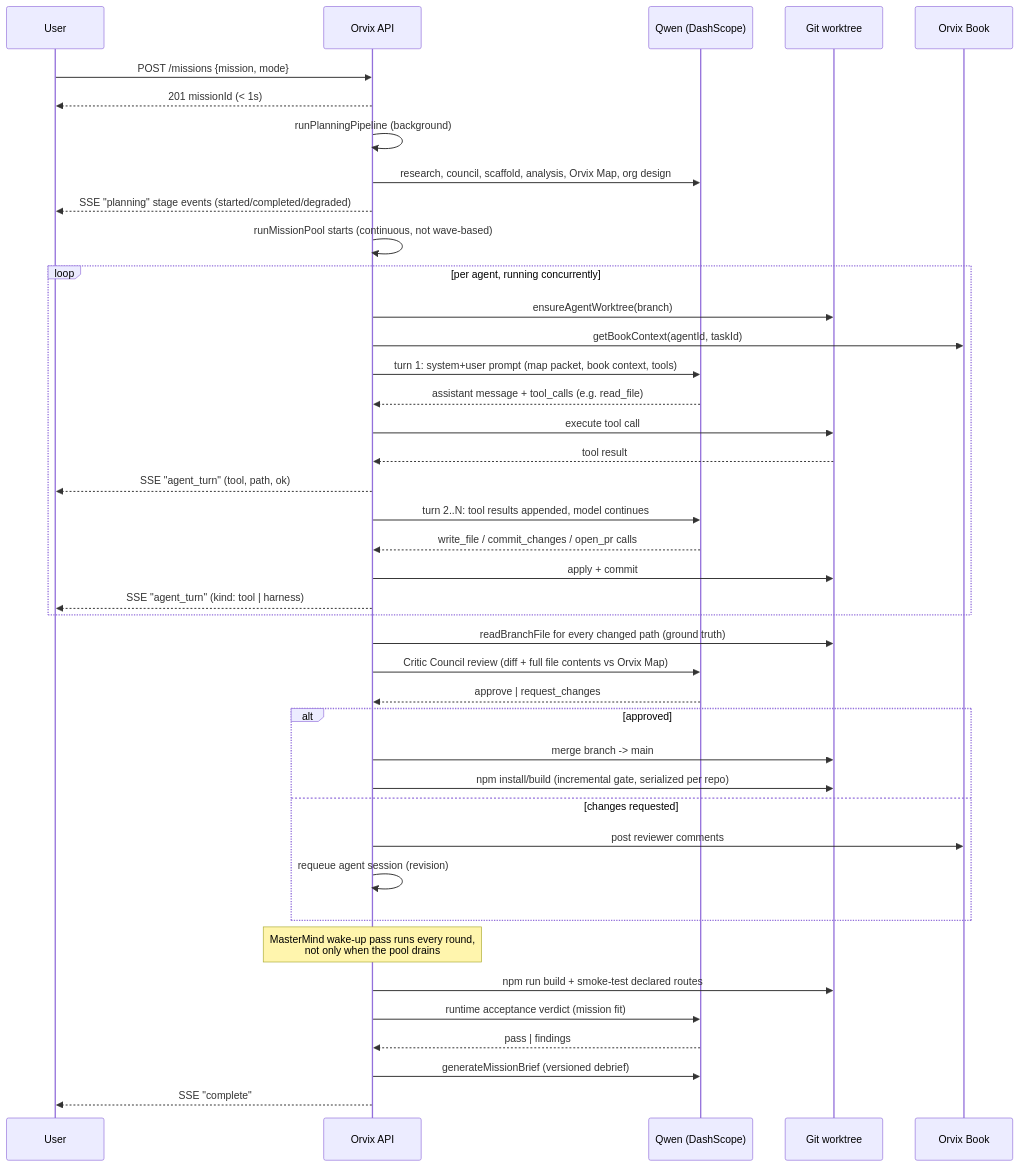
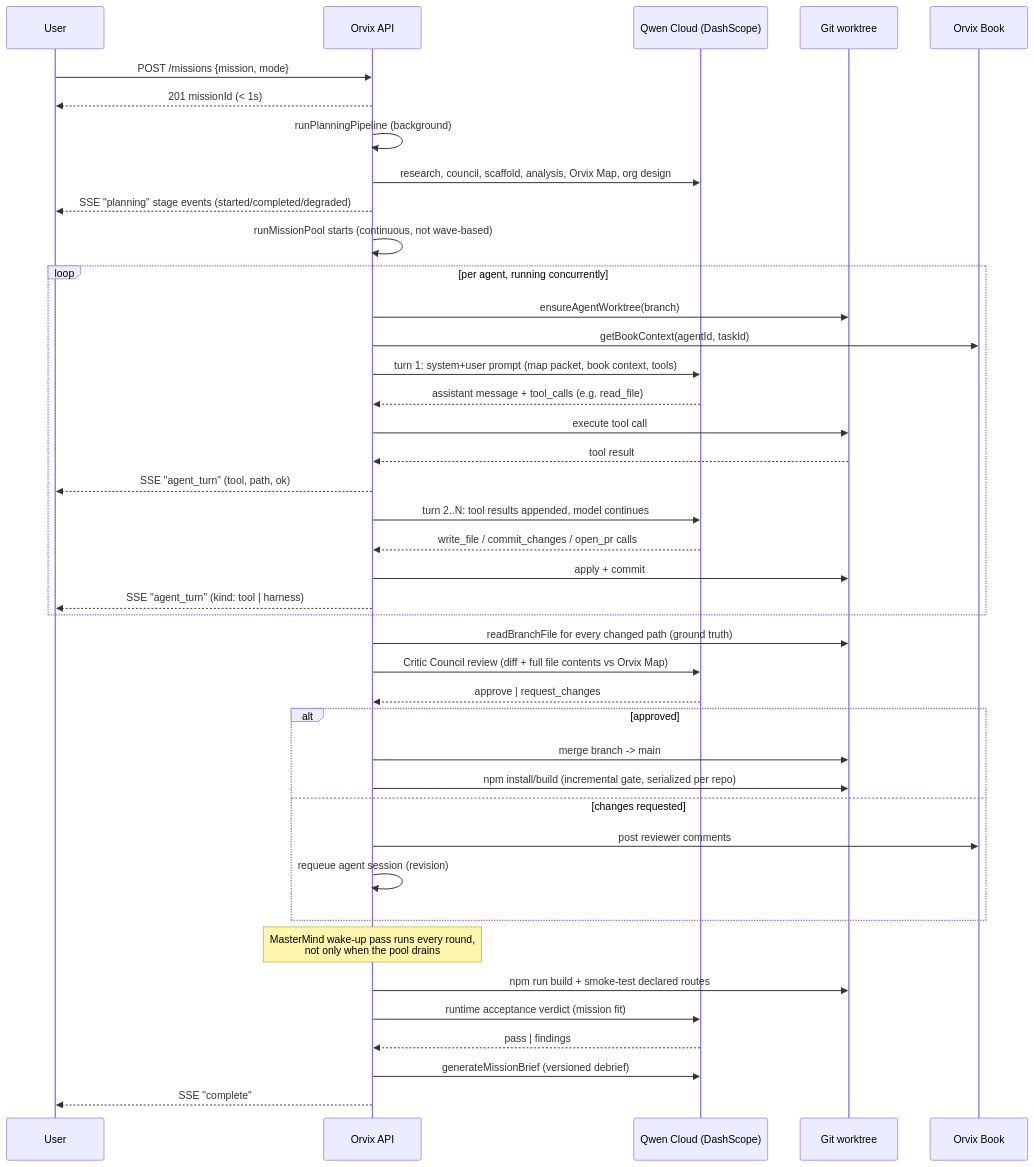
One commit to abbasmir12/orvix changed the diagram in docs/architecture/README.md. Above: the diagram before and after it, drawn with Mermaid. The commit also changed other lines of this file and 4 other files, not shown here.

First line of the commit message:
Surface "Qwen Cloud" explicitly across deployment/architecture docs

````diff
--- a/docs/architecture/README.md
+++ b/docs/architecture/README.md
@@ -148,48 +148,48 @@
 ```mermaid
 sequenceDiagram
     participant U as User
     participant API as Orvix API
-    participant Q as Qwen (DashScope)
+    participant Q as Qwen Cloud (DashScope)
     participant WS as Git worktree
     participant Book as Orvix Book
 
     U->>API: POST /missions {mission, mode}
     API-->>U: 201 missionId (< 1s)
     API->>API: runPlanningPipeline (background)
     API->>Q: research, council, scaffold, analysis, Orvix Map, org design
     API-->>U: SSE "planning" stage events (started/completed/degraded)
     API->>API: runMissionPool starts (continuous, not wave-based)
 
     loop per agent, running concurrently
         API->>WS: ensureAgentWorktree(branch)
         API->>Book: getBookContext(agentId, taskId)
         API->>Q: turn 1: system+user prompt (map packet, book context, tools)
         Q-->>API: assistant message + tool_calls (e.g. read_file)
         API->>WS: execute tool call
         WS-->>API: tool result
         API-->>U: SSE "agent_turn" (tool, path, ok)
         API->>Q: turn 2..N: tool results appended, model continues
         Q-->>API: write_file / commit_changes / open_pr calls
         API->>WS: apply + commit
         API-->>U: SSE "agent_turn" (kind: tool | harness)
     end
 
     API->>WS: readBranchFile for every changed path (ground truth)
     API->>Q: Critic Council review (diff + full file contents vs Orvix Map)
     Q-->>API: approve | request_changes
     alt approved
         API->>WS: merge branch -> main
         API->>WS: npm install/build (incremental gate, serialized per repo)
     else changes requested
         API->>Book: post reviewer comments
         API->>API: requeue agent session (revision)
     end
 
     Note over API: MasterMind wake-up pass runs every round,<br/>not only when the pool drains
 
     API->>WS: npm run build + smoke-test declared routes
     API->>Q: runtime acceptance verdict (mission fit)
     Q-->>API: pass | findings
     API->>Q: generateMissionBrief (versioned debrief)
     API-->>U: SSE "complete"
 ```
````
